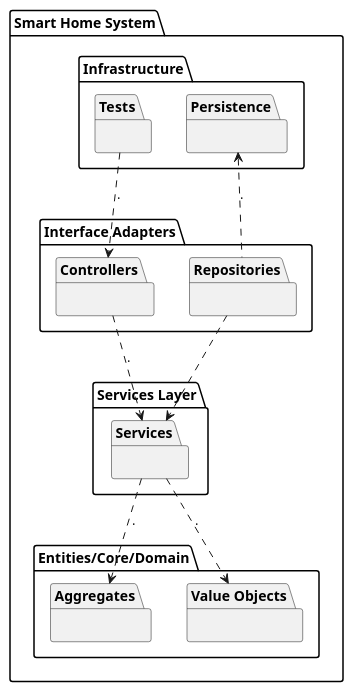
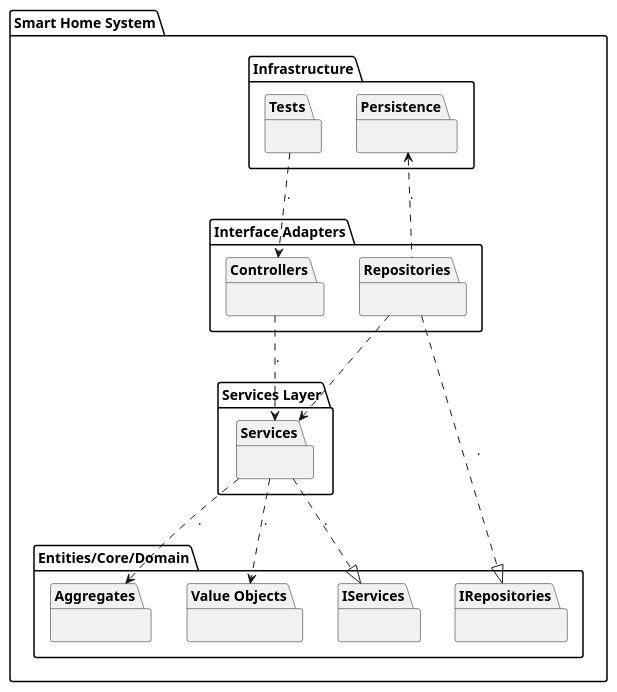
The diagram in docs/ooa/C4_4plus1_models/Level3/ImplementationView/ImplementationViewLevel3.puml (olivDiogo/SmartHome), drawn with PlantUML before and after one commit.

Commit message:
fix: update Implementation View for Level3 to include interfaces

Address #468

```diff
--- a/docs/ooa/C4_4plus1_models/Level3/ImplementationView/ImplementationViewLevel3.puml
+++ b/docs/ooa/C4_4plus1_models/Level3/ImplementationView/ImplementationViewLevel3.puml
@@ -1,41 +1,48 @@
 @startuml
 
 package "Smart Home System" {
 
     package Infrastructure {
         package Tests {
         }
         package Persistence {
         }
     }
 
     package "Interface Adapters" {
         package Controllers {
         }
         package Repositories {
         }
     }
 
     package "Services Layer" {
         package "Services" {
         }
+
     }
 
     package "Entities/Core/Domain" {
         package Aggregates {
         }
         package "Value Objects" {
         }
+        package "IServices" {
+        }
+        package "IRepositories"{
+                }
 
     }
 
     ' Dependencies
     Infrastructure.Tests ..> "Interface Adapters.Controllers" : .
     Infrastructure.Persistence <.. "Interface Adapters.Repositories" : .
     "Interface Adapters.Controllers" ..> "Services" : .
     "Services" ..> Aggregates : .
     "Services" ..> "Value Objects" : .
     "Interface Adapters.Repositories" ..> Services
+    "Repositories" ..|> "IRepositories" : .
+    "Services" ..|> "IServices" : .
 }
 
 @enduml
```
